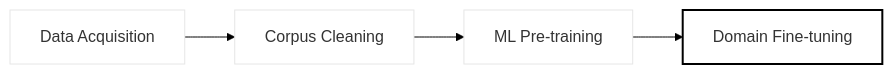
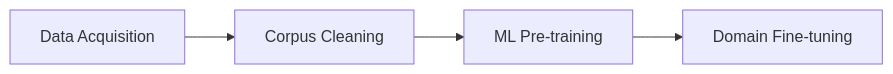
One commit to phoeurnkimhor/khmer-style-transfer changed the first of 2 diagrams in README.md. Above: the diagram before and after it, drawn with Mermaid. The commit also changed other lines of this file, not shown here.

Commit message:
allow flowchart to adapt to appearance mode

````diff
--- a/README.md
+++ b/README.md
@@ -19,8 +19,14 @@
 ```mermaid
-%%{init: {'theme': 'base', 'themeVariables': { 'primaryColor': '#ffffff', 'edgeLabelBackground':'#ffffff', 'lineColor': '#000000', 'textColor': '#000000'}}}%%
+%%{init: {'theme': 'base', 'themeVariables': { 
+    'primaryColor': '#f0f0f0', 
+    'primaryBorderColor': '#000000', 
+    'lineColor': '#1f77b4',   %% arrows in blue
+    'textColor': '#000000',
+    'edgeLabelBackground':'#f0f0f0'
+}}}%%
 graph LR
     A[Data Acquisition] --> B[Corpus Cleaning]
     B --> C[ML Pre-training]
     C --> D[Domain Fine-tuning]
-    style D fill:#ffffff,stroke:#000000,stroke-width:2px
+
 ```
````
